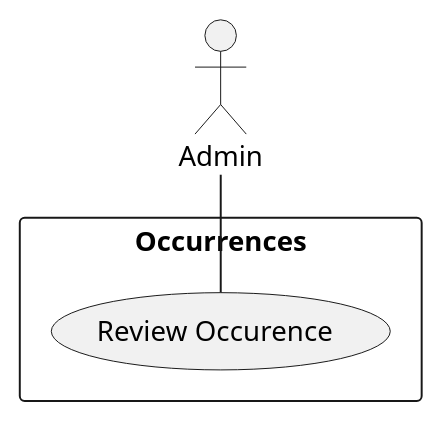
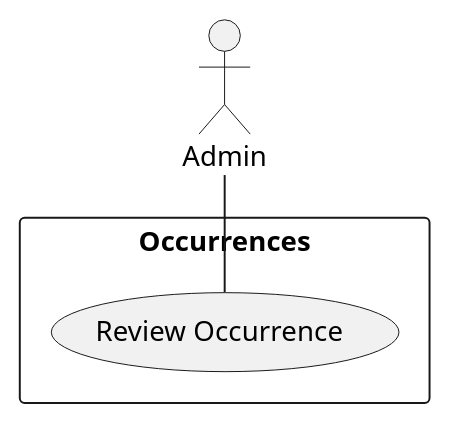
Before and after one commit to bmb0136/COMP-3700-Project: the diagram in Use Cases/ReviewOccurrence.iuml, drawn with PlantUML. The commit also changed other lines of this file and 2 other files, not shown here.

Commit message:
Added Close Occurrence, Modified Review Occ

```diff
--- a/Use Cases/ReviewOccurrence.iuml
+++ b/Use Cases/ReviewOccurrence.iuml
@@ -1,8 +1,8 @@
 @startuml Review Occurence
 rectangle "Occurrences"{
-(Review Occurence) as RevOcc
+(Review Occurrence)
 }
 actor :Admin:
-Admin -- RevOcc
+Admin -- (Review Occurrence)
 
 @enduml
```
